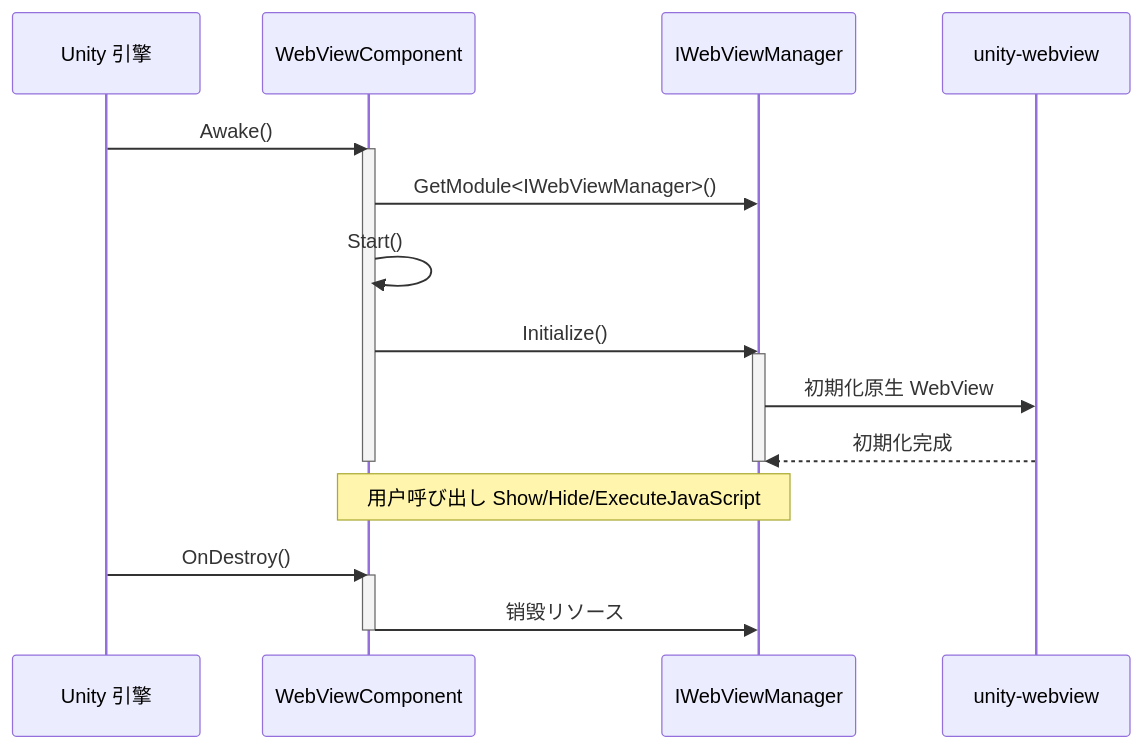
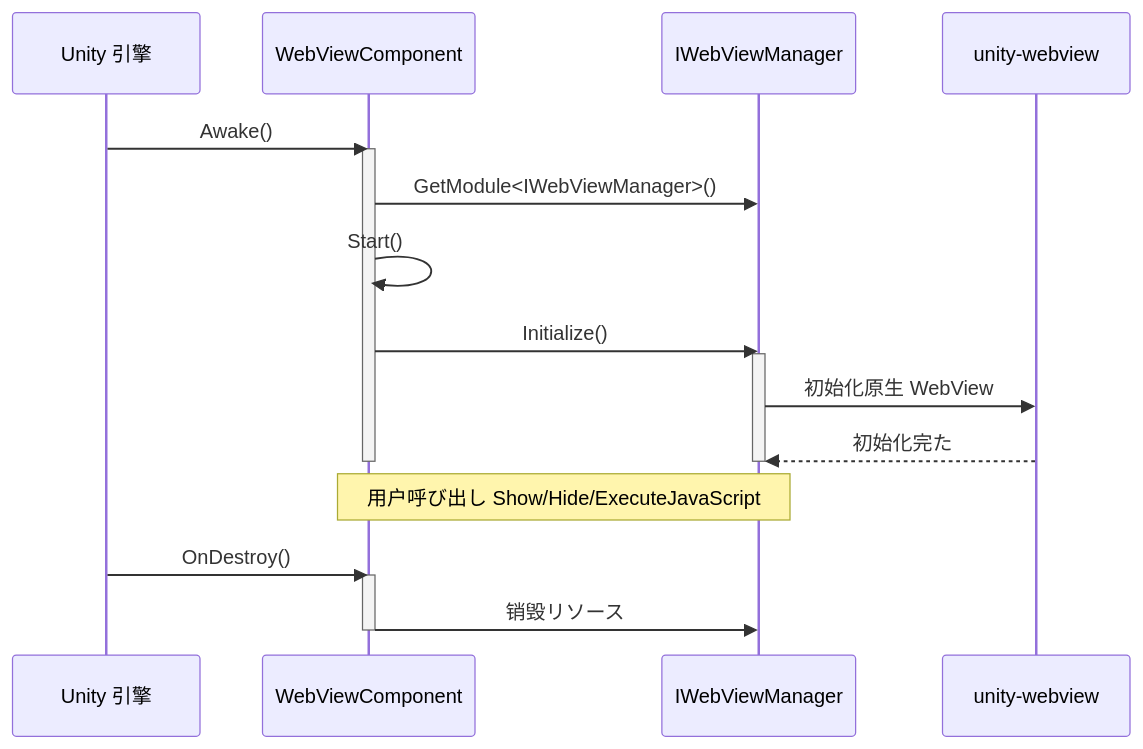
The second of 2 diagrams in docs/ja/client/unity/component/webview/03.getting-started.md (AlianBlank/GameFrameX.Docs), drawn with Mermaid before and after one commit. The commit also changed other lines of this file and 320 other files, not shown here.

````diff
--- a/docs/ja/client/unity/component/webview/03.getting-started.md
+++ b/docs/ja/client/unity/component/webview/03.getting-started.md
@@ -284,25 +284,25 @@
 ```mermaid
 sequenceDiagram
     participant Unity as Unity 引擎
     participant WebVC as WebViewComponent
     participant Manager as IWebViewManager
     participant WebViewLib as unity-webview
 
     Unity->>WebVC: Awake()
     activate WebVC
     WebVC->>Manager: GetModule<IWebViewManager>()
     WebVC->>WebVC: Start()
     WebVC->>Manager: Initialize()
     activate Manager
-    Manager->>WebViewLib: 初期化原生 WebView
-    WebViewLib-->>Manager: 初期化完成
+    Manager->>WebViewLib: 初始化原生 WebView
+    WebViewLib-->>Manager: 初始化完た
     deactivate Manager
     deactivate WebVC
 
     Note over WebVC,Manager: 用户呼び出し Show/Hide/ExecuteJavaScript
 
     Unity->>WebVC: OnDestroy()
     activate WebVC
     WebVC->>Manager: 销毁リソース
     deactivate WebVC
 ```
````
